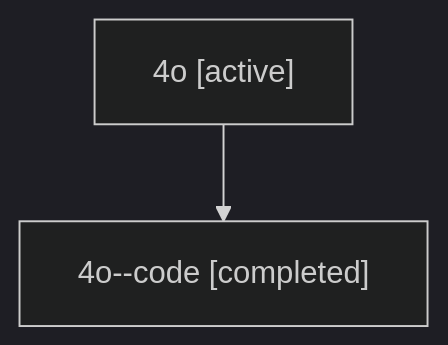
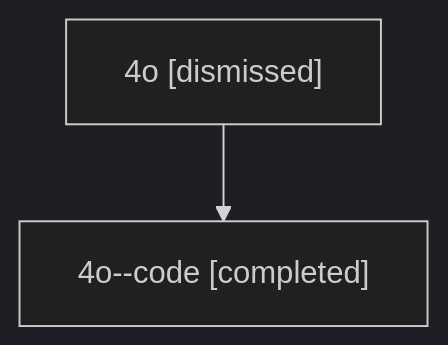
Before and after one commit to sase-org/sase--agents: the diagram in sessions/bbugyi200.athena.4o.md, drawn with Mermaid (dark theme). The commit also changed other lines of this file and 18 other files, not shown here.

````diff
--- a/sessions/bbugyi200.athena.4o.md
+++ b/sessions/bbugyi200.athena.4o.md
@@ -9,6 +9,6 @@
 ```mermaid
 flowchart TD
-  n0["4o [active]"]
+  n0["4o [dismissed]"]
   n1["4o--code [completed]"]
   n0 --> n1
 ```
````
